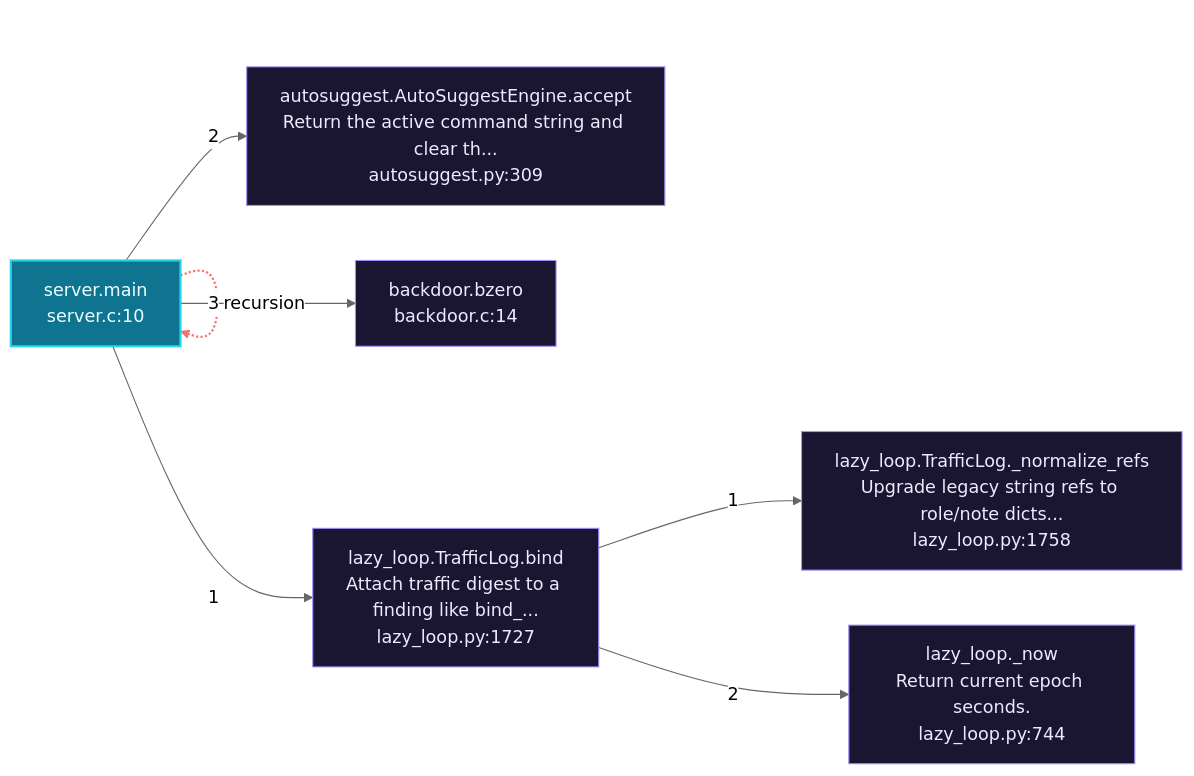
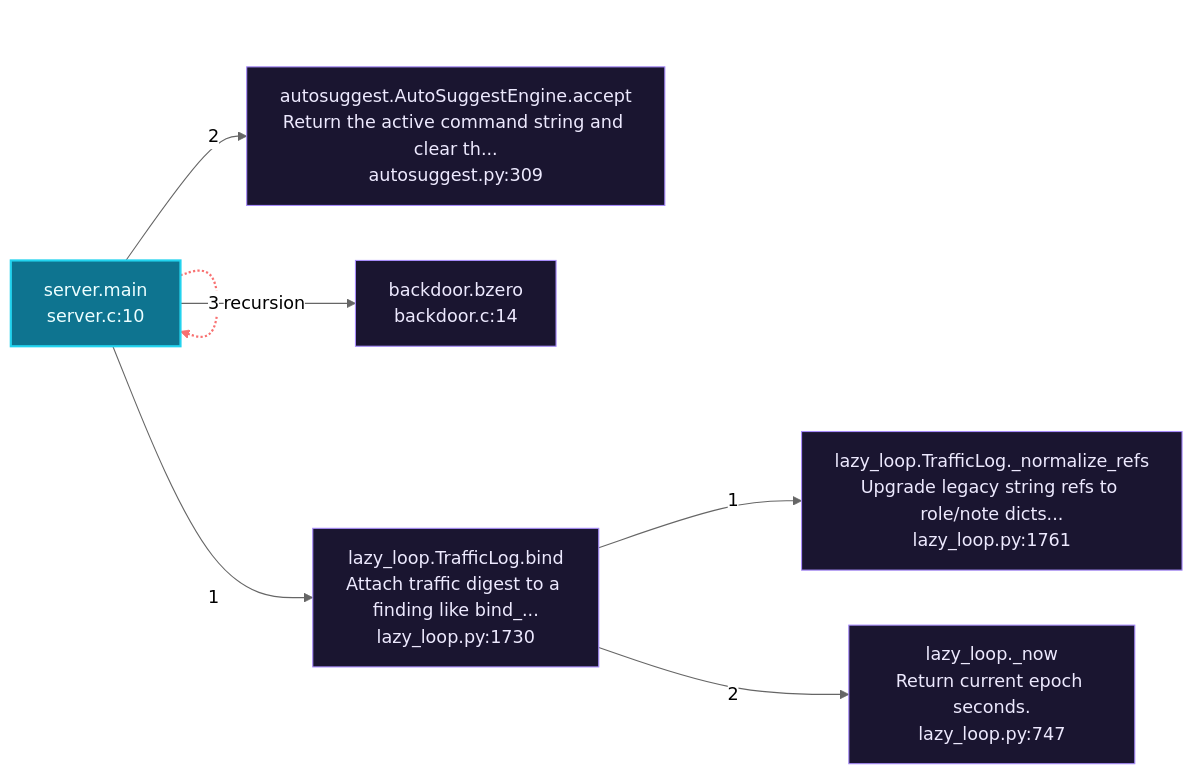
One commit to grisuno/LazyOwn changed the second of 6 diagrams in readmenator-apidocs/architecture.md. Above: the diagram before and after it, drawn with Mermaid (neutral theme). The commit also changed other lines of this file and 424 other files, not shown here.

````diff
--- a/readmenator-apidocs/architecture.md
+++ b/readmenator-apidocs/architecture.md
@@ -146,18 +174,18 @@
 ```mermaid
 flowchart LR
     classDef entry fill:#0e7490,stroke:#22d3ee,color:#ecfeff,stroke-width:2px;
     classDef external fill:#1a1530,stroke:#a78bfa,color:#ede9fe;
     n_modules_backdoor_server_c__main["server.main<br/>server.c:10"]:::entry
-    n_modules_lazy_loop_py__bind["lazy_loop.TrafficLog.bind<br/>Attach traffic digest to a finding like bind_...<br/>lazy_loop.py:1727"]:::external
-    n_modules_lazy_loop_py___normalize_refs["lazy_loop.TrafficLog._normalize_refs<br/>Upgrade legacy string refs to role/note dicts...<br/>lazy_loop.py:1758"]:::external
-    n_modules_lazy_loop_py___now["lazy_loop._now<br/>Return current epoch seconds.<br/>lazy_loop.py:744"]:::external
+    n_modules_lazy_loop_py__bind["lazy_loop.TrafficLog.bind<br/>Attach traffic digest to a finding like bind_...<br/>lazy_loop.py:1730"]:::external
+    n_modules_lazy_loop_py___normalize_refs["lazy_loop.TrafficLog._normalize_refs<br/>Upgrade legacy string refs to role/note dicts...<br/>lazy_loop.py:1761"]:::external
+    n_modules_lazy_loop_py___now["lazy_loop._now<br/>Return current epoch seconds.<br/>lazy_loop.py:747"]:::external
     n_cli_autosuggest_py__accept["autosuggest.AutoSuggestEngine.accept<br/>Return the active command string and clear th...<br/>autosuggest.py:309"]:::external
     n_modules_backdoor_backdoor_c__bzero["backdoor.bzero<br/>backdoor.c:14"]:::external
     n_modules_backdoor_server_c__main -.->|"recursion"| n_modules_backdoor_server_c__main
     n_modules_backdoor_server_c__main -->|"1"| n_modules_lazy_loop_py__bind
     n_modules_lazy_loop_py__bind -->|"1"| n_modules_lazy_loop_py___normalize_refs
     n_modules_lazy_loop_py__bind -->|"2"| n_modules_lazy_loop_py___now
     n_modules_backdoor_server_c__main -->|"2"| n_cli_autosuggest_py__accept
     n_modules_backdoor_server_c__main -->|"3"| n_modules_backdoor_backdoor_c__bzero
     linkStyle 0 stroke:#f87171,stroke-width:2px;
 ```
````
